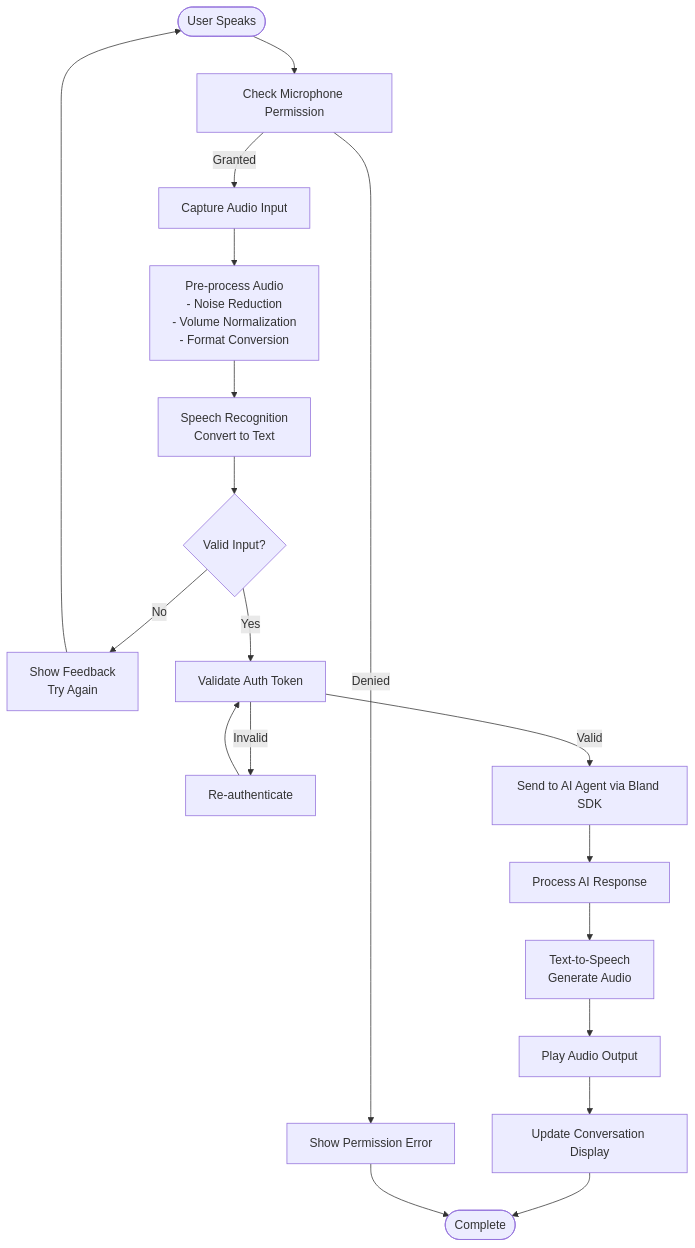
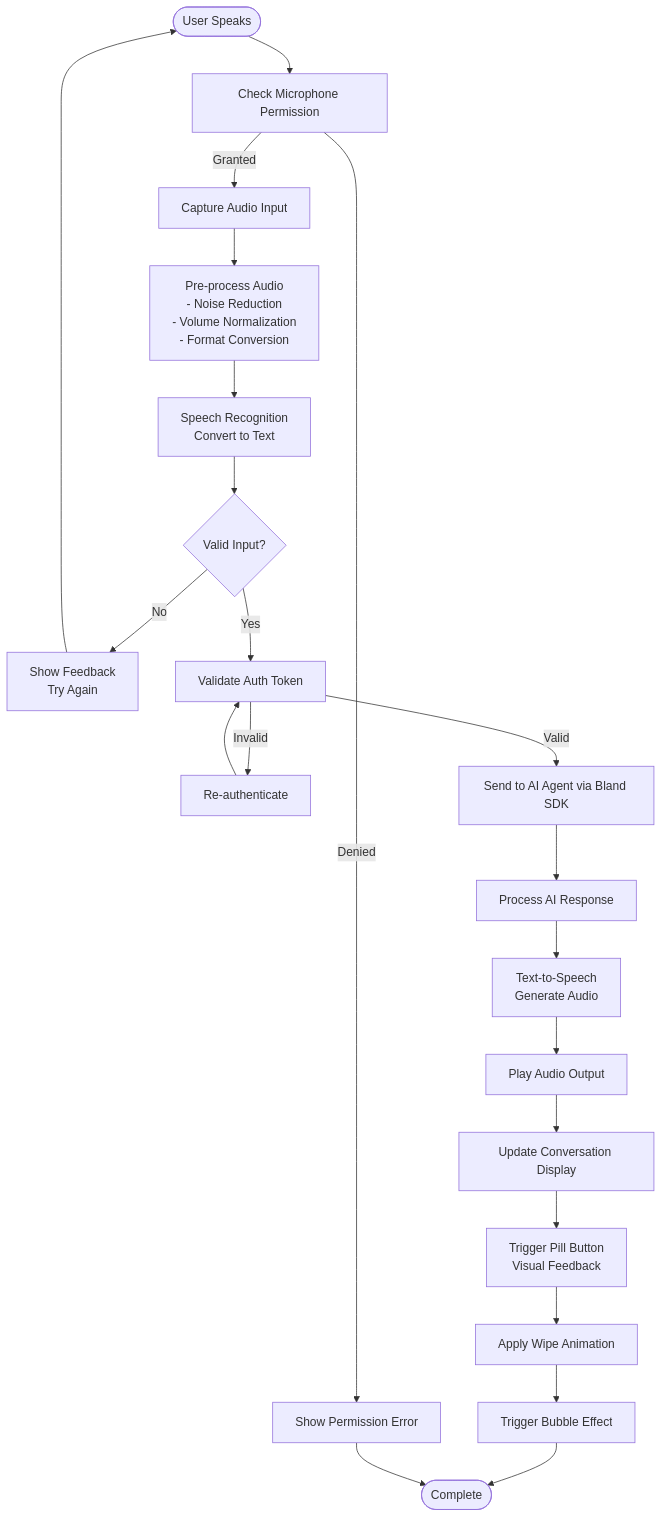
Before and after one commit to Theja4/podiummomentum: the fourth of 7 diagrams in .qoder/repowiki/en/content/Component Architecture/Core Components/Voice AI Agent Demo.md, drawn with Mermaid. The commit also changed other lines of this file and 27 other files, not shown here.

````diff
--- a/.qoder/repowiki/en/content/Component Architecture/Core Components/Voice AI Agent Demo.md
+++ b/.qoder/repowiki/en/content/Component Architecture/Core Components/Voice AI Agent Demo.md
@@ -202,21 +248,24 @@
 ```mermaid
 flowchart TD
 Start([User Speaks]) --> Permission["Check Microphone Permission"]
 Permission --> |Granted| Capture["Capture Audio Input"]
 Permission --> |Denied| Error["Show Permission Error"]
 Capture --> PreProcess["Pre-process Audio<br/>- Noise Reduction<br/>- Volume Normalization<br/>- Format Conversion"]
 PreProcess --> Recognize["Speech Recognition<br/>Convert to Text"]
 Recognize --> Validate{"Valid Input?"}
 Validate --> |No| Feedback["Show Feedback<br/>Try Again"]
 Validate --> |Yes| Auth["Validate Auth Token"]
 Auth --> |Invalid| Reauth["Re-authenticate"]
 Auth --> |Valid| Send["Send to AI Agent via Bland SDK"]
 Send --> Process["Process AI Response"]
 Process --> Synthesize["Text-to-Speech<br/>Generate Audio"]
 Synthesize --> Play["Play Audio Output"]
 Play --> UpdateUI["Update Conversation Display"]
-UpdateUI --> End([Complete])
+UpdateUI --> ButtonFeedback["Trigger Pill Button<br/>Visual Feedback"]
+ButtonFeedback --> WipeAnim["Apply Wipe Animation"]
+WipeAnim --> BubbleEffect["Trigger Bubble Effect"]
+BubbleEffect --> End([Complete])
 Error --> End
 Feedback --> Start
 Reauth --> Auth
 ```
````
